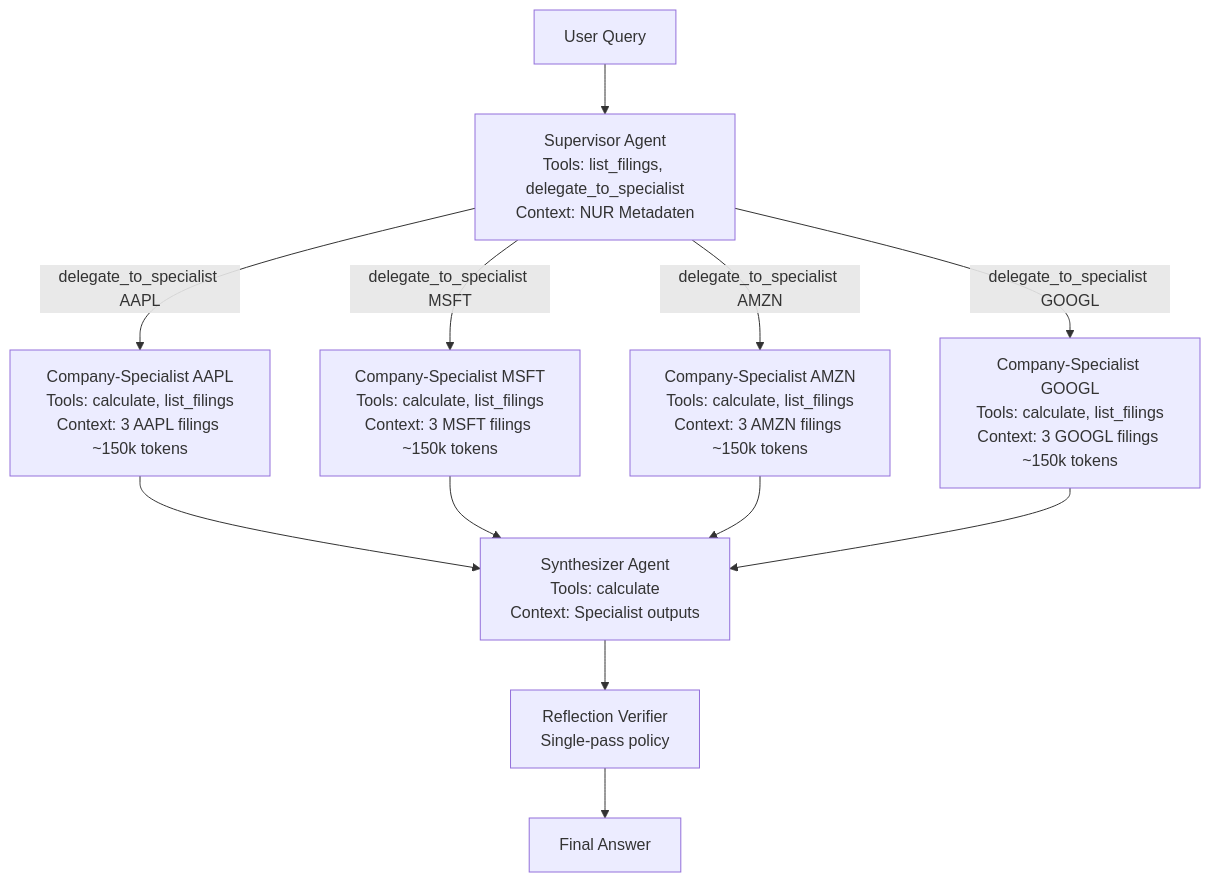
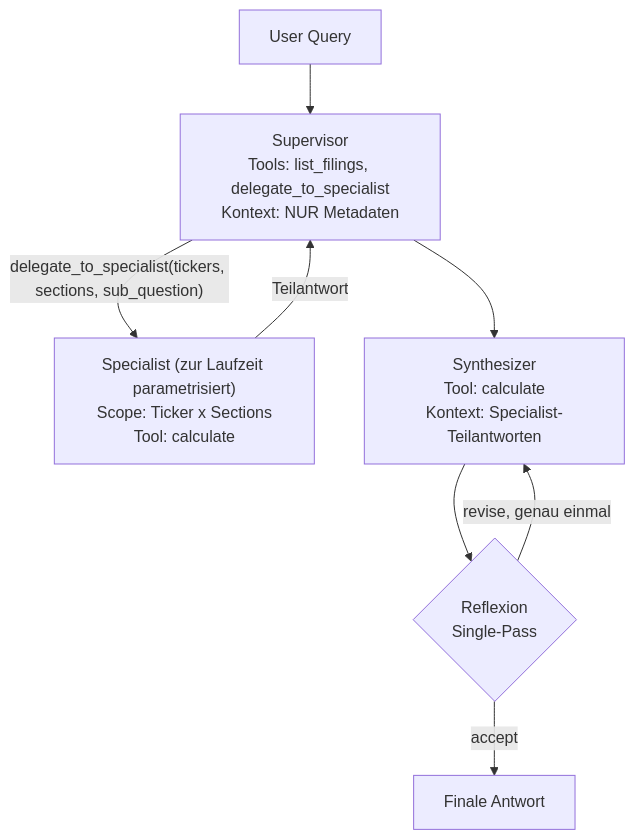
One commit to Escowei98/agentic-financial-report-analysis changed the diagram in src/systems/multi_agent/architecture.md. Above: the diagram before and after it, drawn with Mermaid. The commit also changed other lines of this file and 20 other files, not shown here.

````diff
--- a/src/systems/multi_agent/architecture.md
+++ b/src/systems/multi_agent/architecture.md
@@ -19,24 +23,14 @@
 ```mermaid
 flowchart TD
-    User[User Query]
-    Sup[Supervisor Agent<br/>Tools: list_filings, delegate_to_specialist<br/>Context: NUR Metadaten]
-    SA[Company-Specialist AAPL<br/>Tools: calculate, list_filings<br/>Context: 3 AAPL filings ~150k tokens]
-    SM[Company-Specialist MSFT<br/>Tools: calculate, list_filings<br/>Context: 3 MSFT filings ~150k tokens]
-    SAZ[Company-Specialist AMZN<br/>Tools: calculate, list_filings<br/>Context: 3 AMZN filings ~150k tokens]
-    SG[Company-Specialist GOOGL<br/>Tools: calculate, list_filings<br/>Context: 3 GOOGL filings ~150k tokens]
-    Syn[Synthesizer Agent<br/>Tools: calculate<br/>Context: Specialist outputs]
-    Ref[Reflection Verifier<br/>Single-pass policy]
-    Ans[Final Answer]
-
-    User --> Sup
-    Sup -->|delegate_to_specialist AAPL| SA
-    Sup -->|delegate_to_specialist MSFT| SM
-    Sup -->|delegate_to_specialist AMZN| SAZ
-    Sup -->|delegate_to_specialist GOOGL| SG
-    SA --> Syn
-    SM --> Syn
-    SAZ --> Syn
-    SG --> Syn
+    User[User Query] --> Sup
+    Sup["Supervisor<br/>Tools: list_filings, delegate_to_specialist<br/>Kontext: NUR Metadaten"]
+    Spec["Specialist (zur Laufzeit parametrisiert)<br/>Scope: Ticker x Sections<br/>Tool: calculate"]
+    Syn["Synthesizer<br/>Tool: calculate<br/>Kontext: Specialist-Teilantworten"]
+    Ref{"Reflexion<br/>Single-Pass"}
+    Sup -->|"delegate_to_specialist(tickers, sections, sub_question)"| Spec
+    Spec -->|Teilantwort| Sup
+    Sup --> Syn
     Syn --> Ref
-    Ref --> Ans
+    Ref -->|revise, genau einmal| Syn
+    Ref -->|accept| Ans[Finale Antwort]
 ```
````
